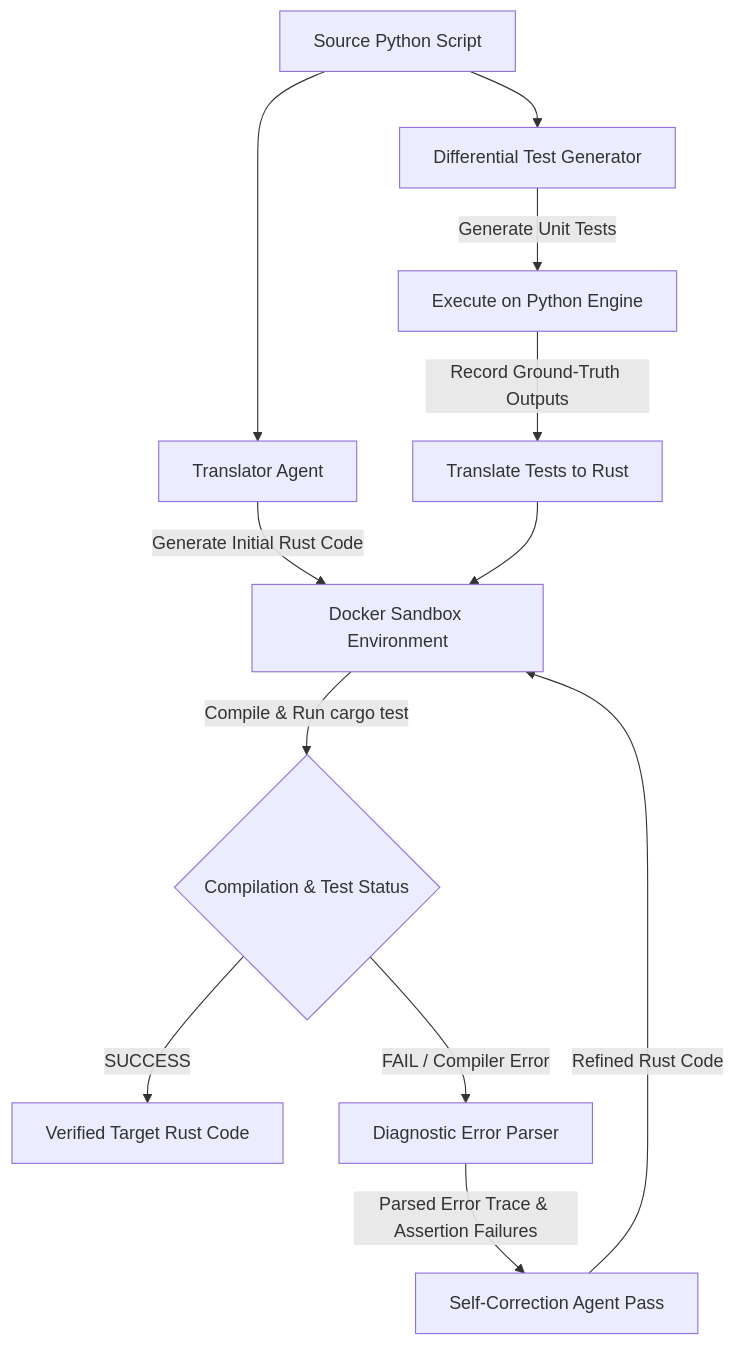
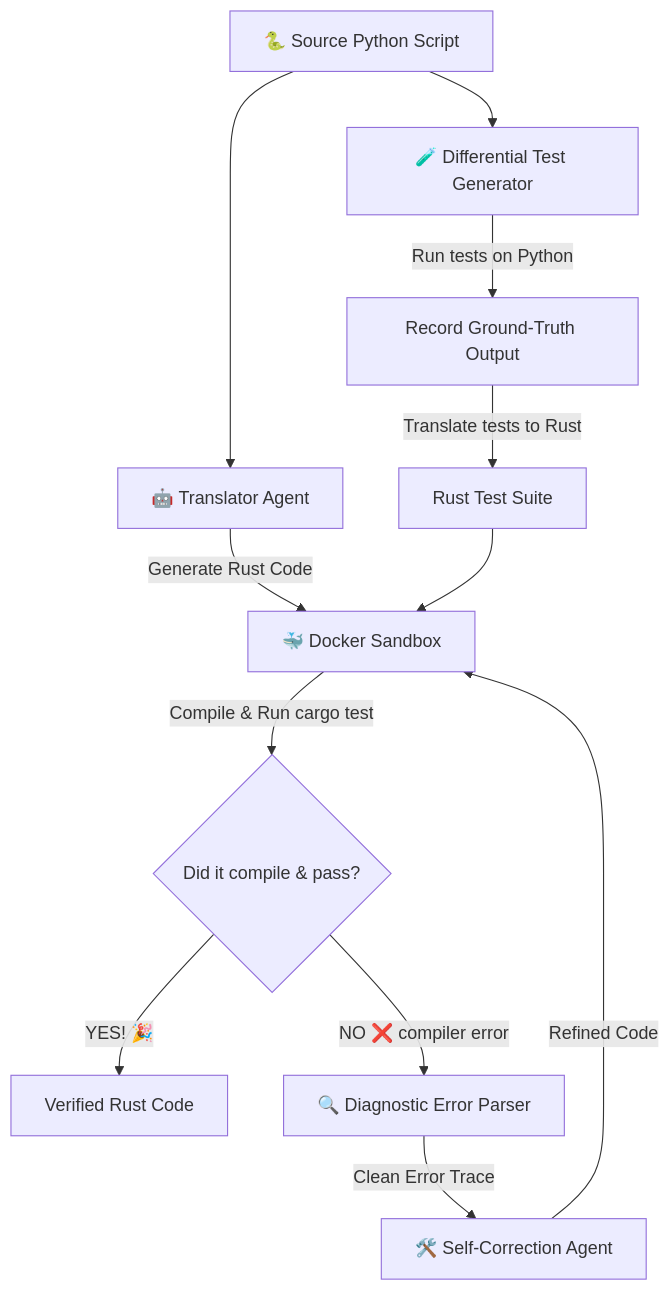
The diagram in README.md (murali0163/A-Closed-Loop-Agentic-Framework-for-Verifiable-Code-Translation), drawn with Mermaid before and after one commit. The commit also changed other lines of this file, not shown here.

````diff
--- a/README.md
+++ b/README.md
@@ -26,19 +27,19 @@
 ```mermaid
 flowchart TD
-    A[Source Python Script] --> B[Differential Test Generator]
-    A --> C[Translator Agent]
+    A[🐍 Source Python Script] --> B[🧪 Differential Test Generator]
+    A --> C[🤖 Translator Agent]
     
-    B -->|Generate Unit Tests| D[Execute on Python Engine]
-    D -->|Record Ground-Truth Outputs| E[Translate Tests to Rust]
+    B -->|Run tests on Python| D[Record Ground-Truth Output]
+    D -->|Translate tests to Rust| E[Rust Test Suite]
     
-    C -->|Generate Initial Rust Code| F[Docker Sandbox Environment]
+    C -->|Generate Rust Code| F[🐳 Docker Sandbox]
     E --> F
     
-    F -->|Compile & Run cargo test| G{Compilation & Test Status}
+    F -->|Compile & Run cargo test| G{Did it compile & pass?}
     
-    G -->|SUCCESS| H[Verified Target Rust Code]
-    G -->|FAIL / Compiler Error| I[Diagnostic Error Parser]
+    G -->|YES! 🎉| H[Verified Rust Code]
+    G -->|NO ❌ compiler error| I[🔍 Diagnostic Error Parser]
     
-    I -->|Parsed Error Trace & Assertion Failures| J[Self-Correction Agent Pass]
-    J -->|Refined Rust Code| F
+    I -->|Clean Error Trace| J[🛠️ Self-Correction Agent]
+    J -->|Refined Code| F
 ```
````
